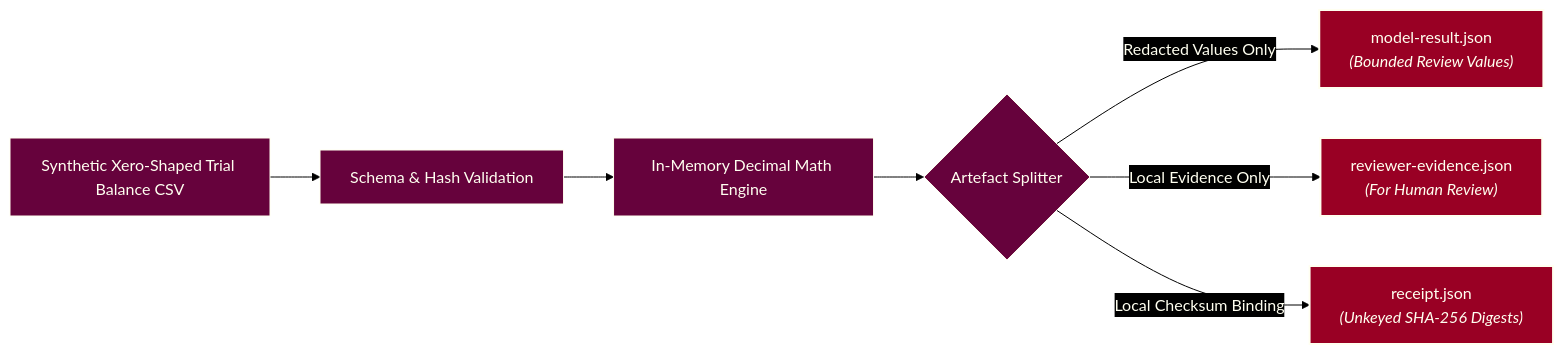
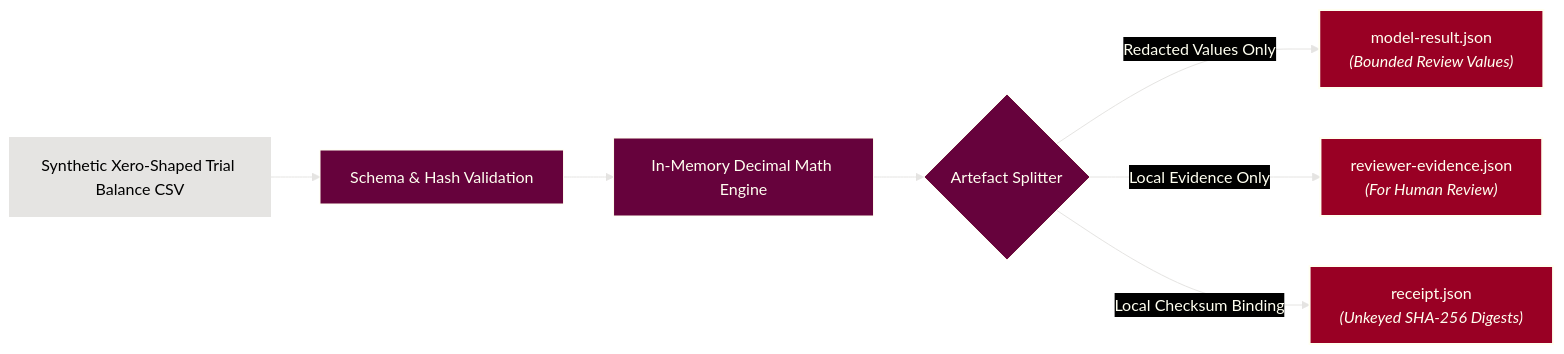
Before and after one commit to ryanduguid/accounting-review-pipeline: the diagram in packages/elizabeth-anne-alexander/DATA-FLOW.md, drawn with Mermaid. The commit also changed 4 other files, not shown here.

Commit message:
Add platinum to the Mermaid diagrams

````diff
--- a/packages/elizabeth-anne-alexander/DATA-FLOW.md
+++ b/packages/elizabeth-anne-alexander/DATA-FLOW.md
@@ -16,14 +16,16 @@
 ```mermaid
 flowchart LR
-%%{init: {"theme": "base", "look": "classic", "themeVariables": {"background": "#000000", "primaryColor": "#66023C", "primaryTextColor": "#FFFFF0", "primaryBorderColor": "#FFFFF0", "lineColor": "#000000", "textColor": "#FFFFF0", "edgeLabelBackground": "#000000", "clusterBkg": "#000000", "clusterBorder": "#FFFFF0", "titleColor": "#FFFFF0"}, "themeCSS": ".flowchart-link, .relationshipLine, marker path { filter: drop-shadow(0px 1px 0px #FFFFF0) drop-shadow(0px -1px 0px #FFFFF0) drop-shadow(1px 0px 0px #FFFFF0) drop-shadow(-1px 0px 0px #FFFFF0); }"}}%%
+%%{init: {"theme": "base", "look": "classic", "themeVariables": {"background": "#000000", "primaryColor": "#66023C", "primaryTextColor": "#FFFFF0", "primaryBorderColor": "#FFFFF0", "lineColor": "#E5E4E2", "textColor": "#FFFFF0", "edgeLabelBackground": "#000000", "clusterBkg": "#000000", "clusterBorder": "#E5E4E2", "titleColor": "#E5E4E2"}}}%%
     Source["Synthetic Xero-Shaped Trial Balance CSV"] --> Ingestion["Schema & Hash Validation"]
     Ingestion --> Sandbox["In-Memory Decimal Math Engine"]
     Sandbox --> Split{"Artefact Splitter"}
     
     Split -->|Redacted Values Only| ModelArtifact["model-result.json<br/><i>(Bounded Review Values)</i>"]
     Split -->|Local Evidence Only| HumanArtifact["reviewer-evidence.json<br/><i>(For Human Review)</i>"]
     Split -->|Local Checksum Binding| Receipt["receipt.json<br/><i>(Unkeyed SHA-256 Digests)</i>"]
     style ModelArtifact fill:#990024,stroke:#FFFFF0,stroke-width:2px,color:#FFFFF0
     style HumanArtifact fill:#990024,stroke:#FFFFF0,stroke-width:2px,color:#FFFFF0
     style Receipt fill:#990024,stroke:#FFFFF0,stroke-width:2px,color:#FFFFF0
+    classDef external fill:#E5E4E2,stroke:#E5E4E2,stroke-width:2px,color:#000000
+    class Source external
 ```
````
